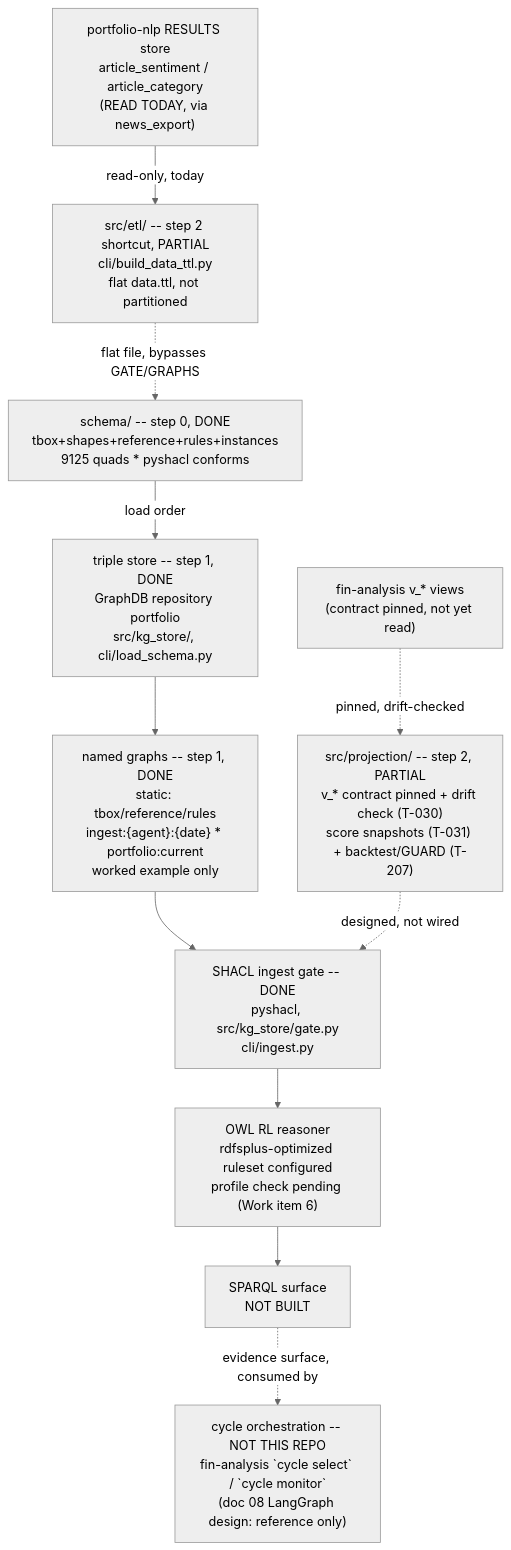
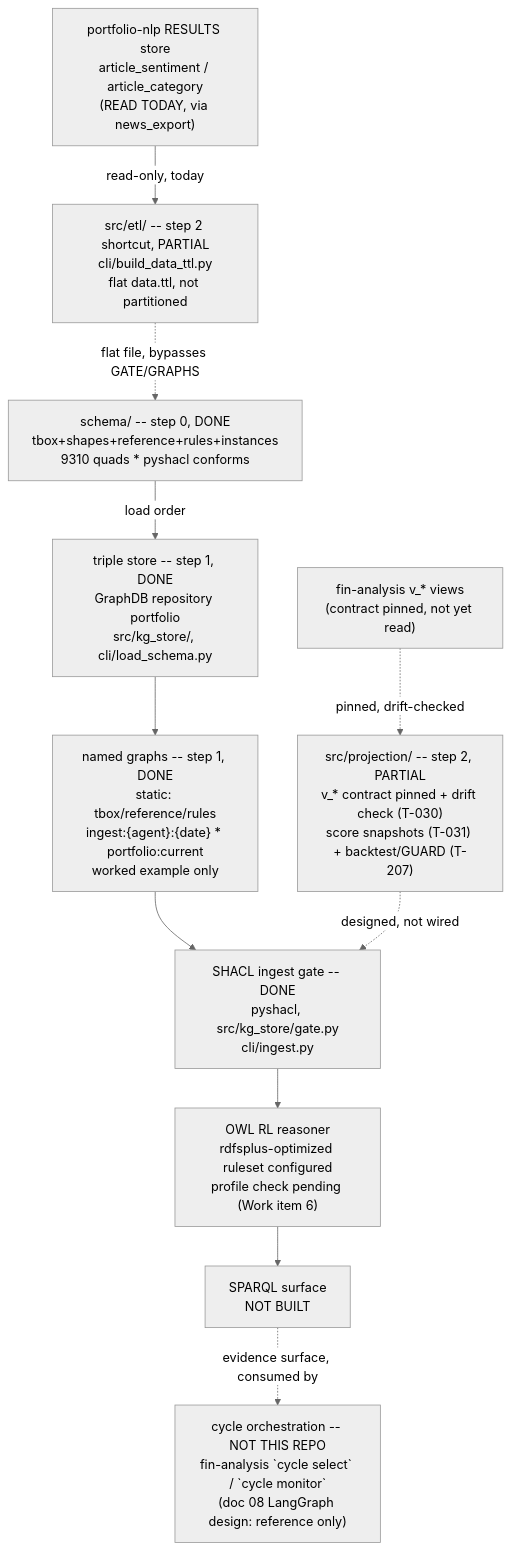
The diagram in .specify/memory/SPEC.md (gamug/portfolio-knowledge-graph), drawn with Mermaid (neutral theme) before and after one commit. The commit also changed other lines of this file and 24 other files, not shown here.

````diff
--- a/.specify/memory/SPEC.md
+++ b/.specify/memory/SPEC.md
@@ -1044,22 +1044,22 @@
 ```mermaid
 flowchart TB
-    SCHEMA["schema/ -- step 0, DONE<br/>tbox+shapes+reference+rules+instances<br/>9125 quads * pyshacl conforms"]
+    SCHEMA["schema/ -- step 0, DONE<br/>tbox+shapes+reference+rules+instances<br/>9310 quads * pyshacl conforms"]
     STORE["triple store -- step 1, DONE<br/>GraphDB repository portfolio<br/>src/kg_store/, cli/load_schema.py"]
     GRAPHS["named graphs -- step 1, DONE<br/>static: tbox/reference/rules<br/>ingest:{agent}:{date} * portfolio:current<br/>worked example only"]
     GATE["SHACL ingest gate -- DONE<br/>pyshacl, src/kg_store/gate.py<br/>cli/ingest.py"]
     PROJ["src/projection/ -- step 2, PARTIAL<br/>v_* contract pinned + drift check (T-030)<br/>score snapshots (T-031) + backtest/GUARD (T-207)"]
     FIN["fin-analysis v_* views<br/>(contract pinned, not yet read)"]
     NLPRES["portfolio-nlp RESULTS store<br/>article_sentiment / article_category<br/>(READ TODAY, via news_export)"]
     ETL["src/etl/ -- step 2 shortcut, PARTIAL<br/>cli/build_data_ttl.py<br/>flat data.ttl, not partitioned"]
     REASON["OWL RL reasoner<br/>rdfsplus-optimized ruleset configured<br/>profile check pending (Work item 6)"]
     SPARQL["SPARQL surface<br/>NOT BUILT"]
     AGENTS["cycle orchestration -- NOT THIS REPO<br/>fin-analysis `cycle select` / `cycle monitor`<br/>(doc 08 LangGraph design: reference only)"]
 
     SCHEMA -->|load order| STORE --> GRAPHS --> GATE
     FIN -.->|pinned, drift-checked| PROJ
     PROJ -.->|designed, not wired| GATE
     NLPRES -->|read-only, today| ETL
     ETL -.->|flat file, bypasses GATE/GRAPHS| SCHEMA
     GATE --> REASON --> SPARQL
     SPARQL -.->|evidence surface, consumed by| AGENTS
 ```
````
